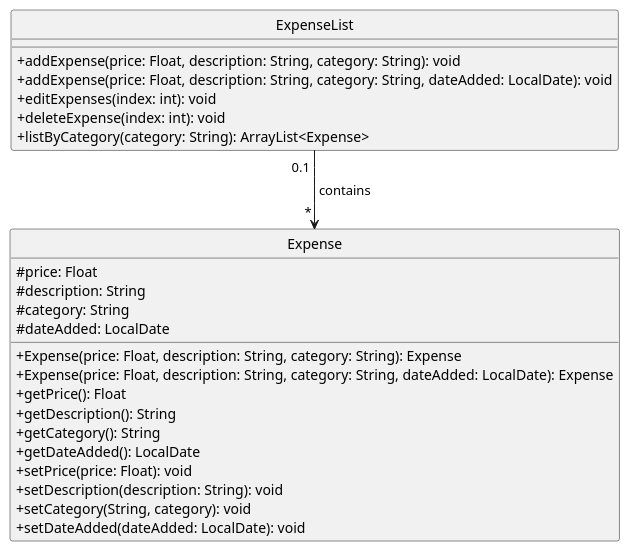
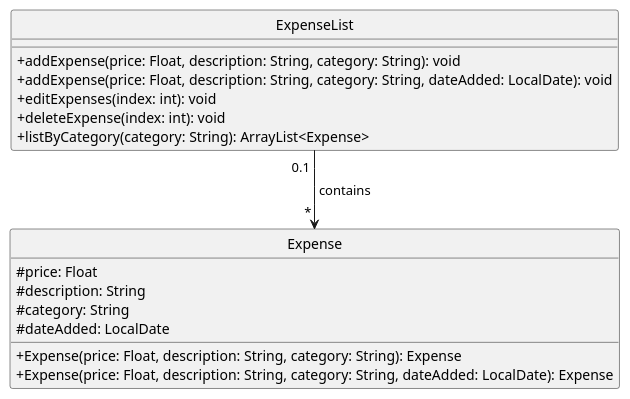
The diagram in docs/diagrams/plantuml/ExpenseAndExpenseList.puml (nus-cs2113-AY2425S1/tp), drawn with PlantUML before and after one commit. The commit also changed 1 other file, not shown here.

```diff
--- a/docs/diagrams/plantuml/ExpenseAndExpenseList.puml
+++ b/docs/diagrams/plantuml/ExpenseAndExpenseList.puml
@@ -1,32 +1,32 @@
 @startuml
 skinparam classAttributeIconSize 0
 hide circle
 
 class Expense {
     #price: Float
     #description: String
     #category: String
     #dateAdded: LocalDate
     +Expense(price: Float, description: String, category: String): Expense
     +Expense(price: Float, description: String, category: String, dateAdded: LocalDate): Expense
-    +getPrice(): Float
-    +getDescription(): String
-    +getCategory(): String
-    +getDateAdded(): LocalDate
-    +setPrice(price: Float): void
-    +setDescription(description: String): void
-    +setCategory(String, category): void
-    +setDateAdded(dateAdded: LocalDate): void
+'    +getPrice(): Float
+'    +getDescription(): String
+'    +getCategory(): String
+'    +getDateAdded(): LocalDate
+'    +setPrice(price: Float): void
+'    +setDescription(description: String): void
+'    +setCategory(String: category): void
+'    +setDateAdded(dateAdded: LocalDate): void
 }
 
 class ExpenseList {
     +addExpense(price: Float, description: String, category: String): void
     +addExpense(price: Float, description: String, category: String, dateAdded: LocalDate): void
     +editExpenses(index: int): void
     +deleteExpense(index: int): void
     +listByCategory(category: String): ArrayList<Expense>
 }
 
 ExpenseList " 0.1 " -d-> " * " Expense : " contains "
 
 @enduml
```
